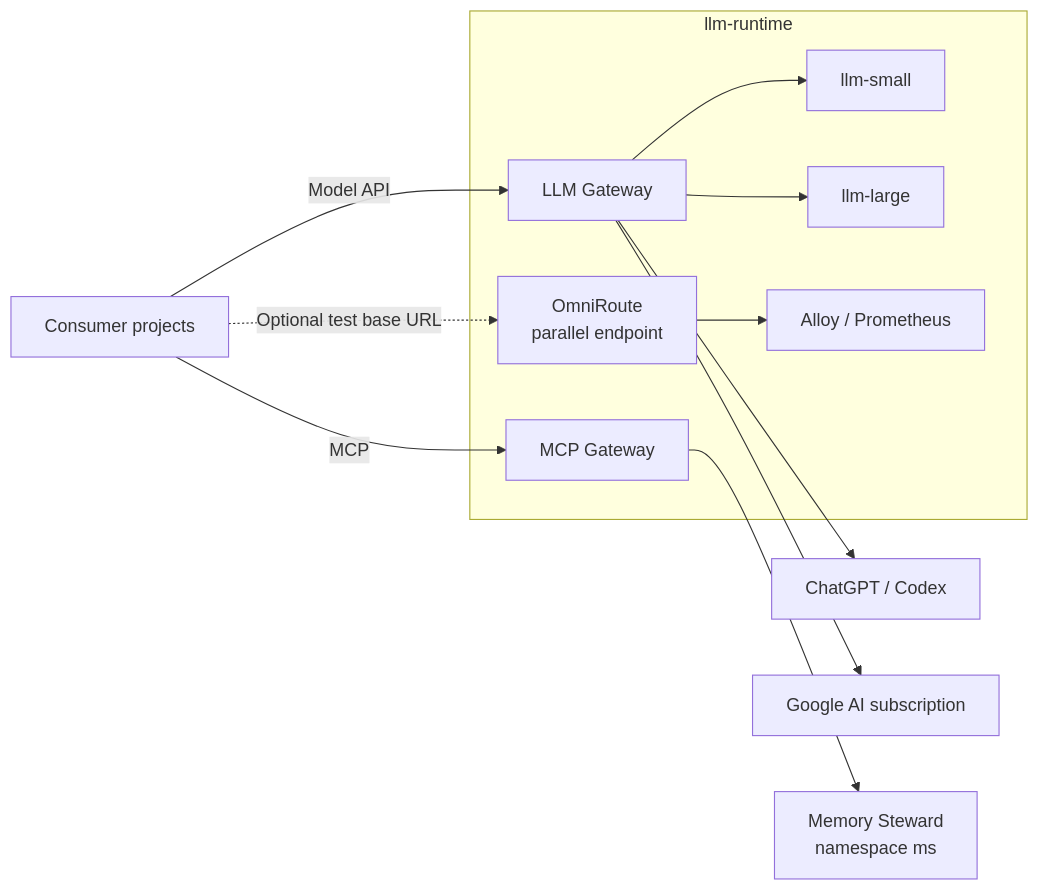
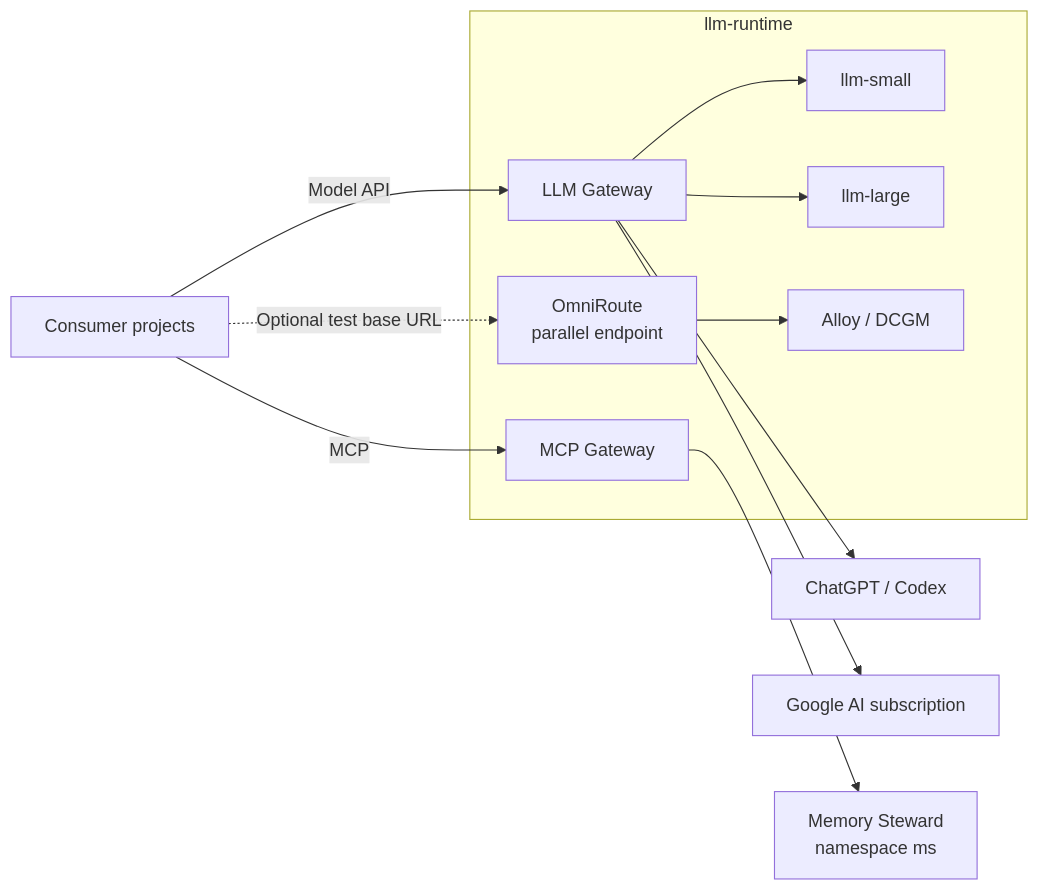
Before and after one commit to homel-dev/llm-runtime: the diagram in docs/01_overview.md, drawn with Mermaid. The commit also changed other lines of this file and 37 other files, not shown here.

````diff
--- a/docs/01_overview.md
+++ b/docs/01_overview.md
@@ -110,28 +109,28 @@
 ```mermaid
 flowchart LR
     C[Consumer projects]
 
     subgraph LRUNTIME[llm-runtime]
         G[LLM Gateway]
         O[OmniRoute<br/>parallel endpoint]
         S[llm-small]
         L[llm-large]
         M[MCP Gateway]
-        A[Alloy / Prometheus]
+        A[Alloy / DCGM]
     end
 
     P1[ChatGPT / Codex]
     P2[Google AI subscription]
     MS[Memory Steward<br/>namespace ms]
 
     C -->|Model API| G
     C -.->|Optional test base URL| O
     G --> S
     G --> L
     G --> P1
     G --> P2
     O --> A
 
     C -->|MCP| M
     M --> MS
 ```
````
